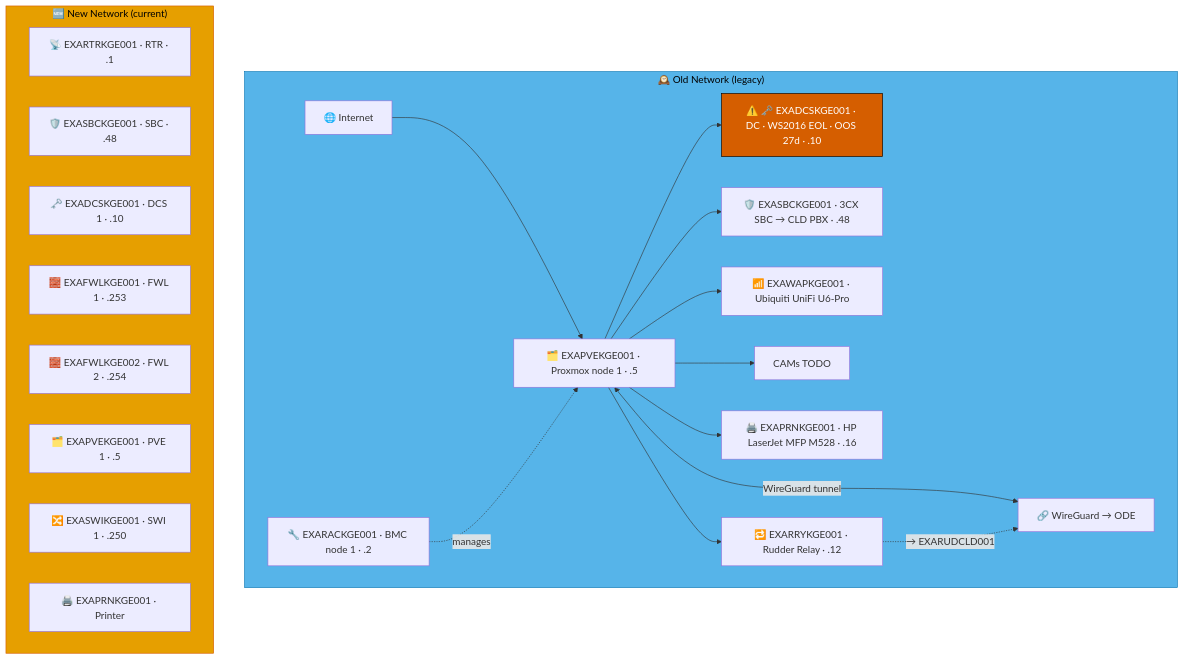
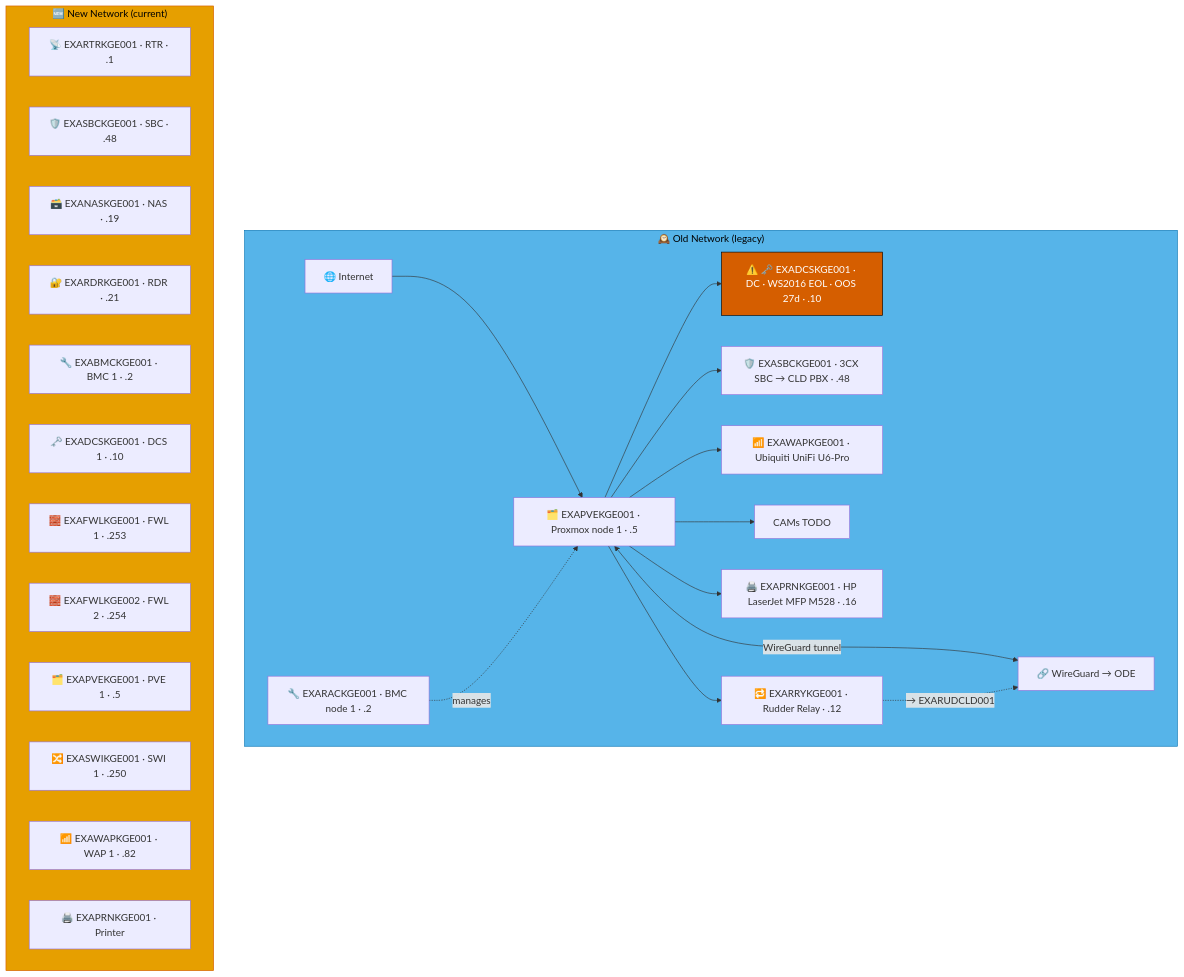
One commit to knightmare2600/example_music_infra changed the third of 9 diagrams in docs/network-diagram/danmark.md. Above: the diagram before and after it, drawn with Mermaid. The commit also changed other lines of this file and 15 other files, not shown here.

````diff
--- a/docs/network-diagram/danmark.md
+++ b/docs/network-diagram/danmark.md
@@ -138,39 +146,43 @@
 ```mermaid
 graph TD
     subgraph OLD_KGE ["🕰️ Old Network (legacy)"]
       INET["🌐 Internet"]
       RAC["🔧 EXARACKGE001 · BMC node 1 · .2"]
       PVE["🗂️ EXAPVEKGE001 · Proxmox node 1 · .5"]
       DC["⚠️ 🗝️ EXADCSKGE001 · DC · WS2016 EOL · OOS 27d · .10"]
       SBC["🛡️ EXASBCKGE001 · 3CX SBC → CLD PBX · .48"]
       RRY["🔁 EXARRYKGE001 · Rudder Relay · .12"]
       WAP["📶 EXAWAPKGE001 · Ubiquiti UniFi U6-Pro"]
       CAM["CAMs TODO"]
       PRN["🖨️ EXAPRNKGE001 · HP LaserJet MFP M528 · .16"]
       VPN["🔗 WireGuard → ODE"]
 
       INET --> PVE --> DC & SBC
       RAC -.->|"manages"| PVE
       PVE --> WAP & CAM & PRN
       PVE <-->|"WireGuard tunnel"| VPN
 
       PVE --> RRY
       RRY -. "→ EXARUDCLD001" .-> VPN
     end
     style OLD_KGE fill:#56B4E9,stroke:#0072B2,color:#000000
     %% GENERATED:NEW-NETWORK:KGE:START
     subgraph NEW_KGE ["🆕 New Network (current)"]
       N_RTR["📡 EXARTRKGE001 · RTR · .1"]
       N_SBC["🛡️ EXASBCKGE001 · SBC · .48"]
+      N_NAS["🗃️ EXANASKGE001 · NAS · .19"]
+      N_RDR["🔐 EXARDRKGE001 · RDR · .21"]
+      N_BMC["🔧 EXABMCKGE001 · BMC 1 · .2"]
       N_DCS["🗝️ EXADCSKGE001 · DCS 1 · .10"]
       N_FWL["🧱 EXAFWLKGE001 · FWL 1 · .253"]
       N_FWL2["🧱 EXAFWLKGE002 · FWL 2 · .254"]
       N_PVE["🗂️ EXAPVEKGE001 · PVE 1 · .5"]
       N_SWI["🔀 EXASWIKGE001 · SWI 1 · .250"]
+      N_WAP["📶 EXAWAPKGE001 · WAP 1 · .82"]
       N_PRN["🖨️ EXAPRNKGE001 · Printer"]
     end
     style NEW_KGE fill:#E69F00,stroke:#D55E00,color:#000000
     %% GENERATED:NEW-NETWORK:KGE:END
     classDef warn fill:#D55E00,stroke:#000000,color:#ffffff
     class DC warn
 ```
````
